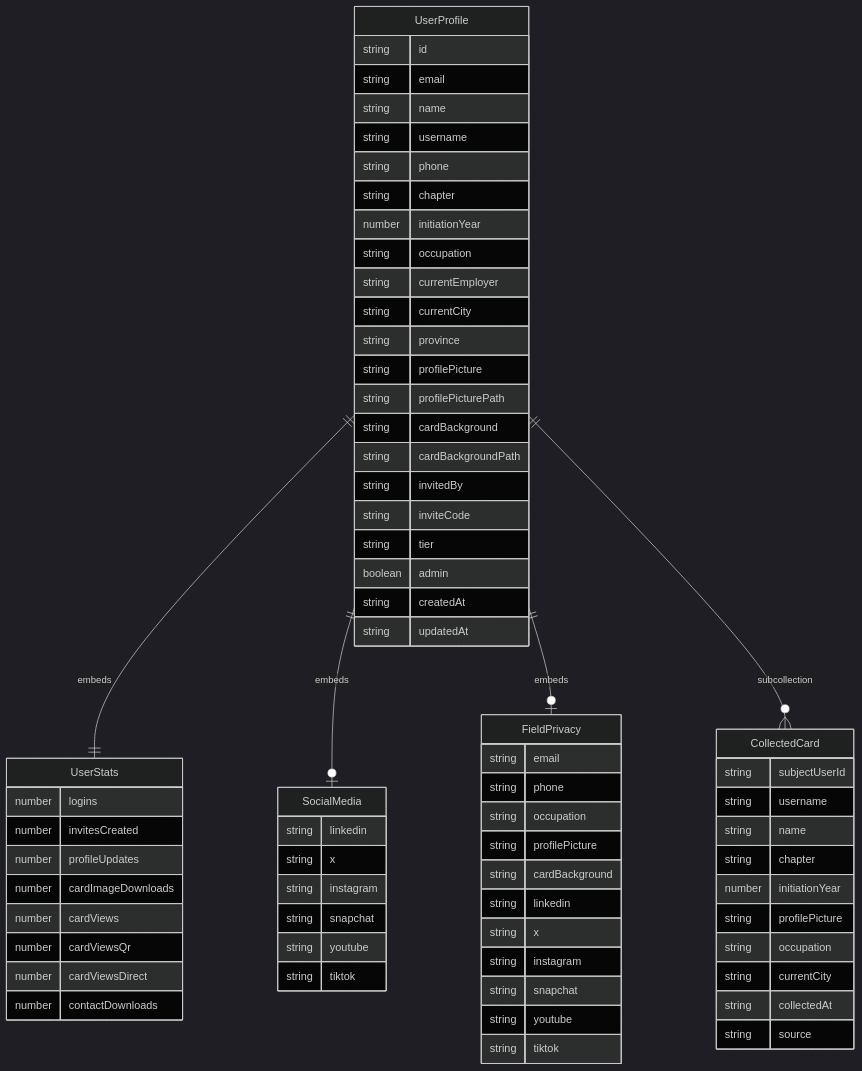
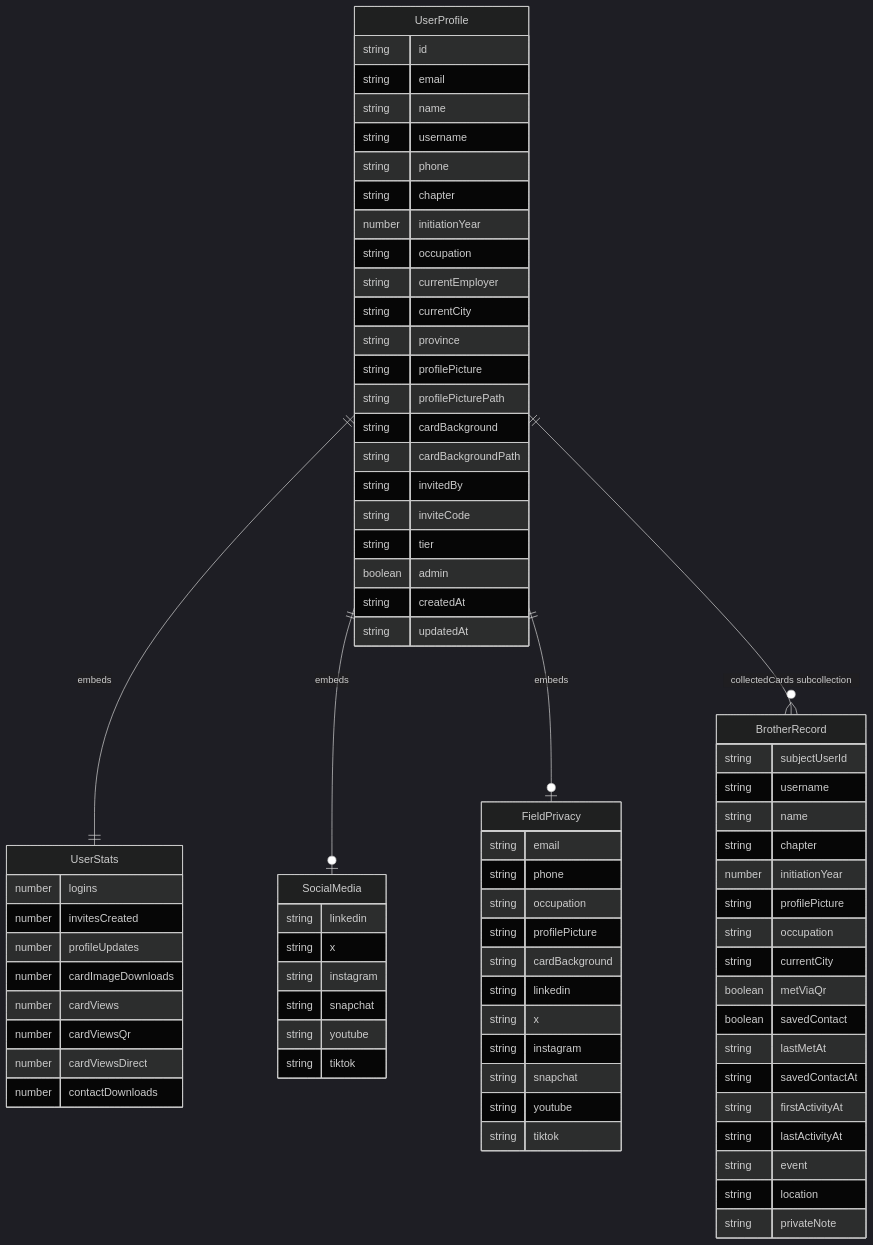
One commit to jnashdesign/kappaCard_React changed the third of 12 diagrams in ARCHITECTURE_DIAGRAMS.md. Above: the diagram before and after it, drawn with Mermaid (dark theme). The commit also changed other lines of this file and 23 other files, not shown here.

Commit message:
Combined Collected and People Ive Met into Brothers

````diff
--- a/ARCHITECTURE_DIAGRAMS.md
+++ b/ARCHITECTURE_DIAGRAMS.md
@@ -154,7 +155,7 @@
   UserProfile ||--|| UserStats : embeds
   UserProfile ||--o| SocialMedia : embeds
   UserProfile ||--o| FieldPrivacy : embeds
-  UserProfile ||--o{ CollectedCard : "subcollection"
+  UserProfile ||--o{ BrotherRecord : "collectedCards subcollection"
 
   UserProfile {
     string id
@@ -214,7 +215,7 @@
     string tiktok
   }
 
-  CollectedCard {
+  BrotherRecord {
     string subjectUserId
     string username
     string name
@@ -223,7 +224,14 @@
     string profilePicture
     string occupation
     string currentCity
-    string collectedAt
-    string source
+    boolean metViaQr
+    boolean savedContact
+    string lastMetAt
+    string savedContactAt
+    string firstActivityAt
+    string lastActivityAt
+    string event
+    string location
+    string privateNote
   }
 ```
````
